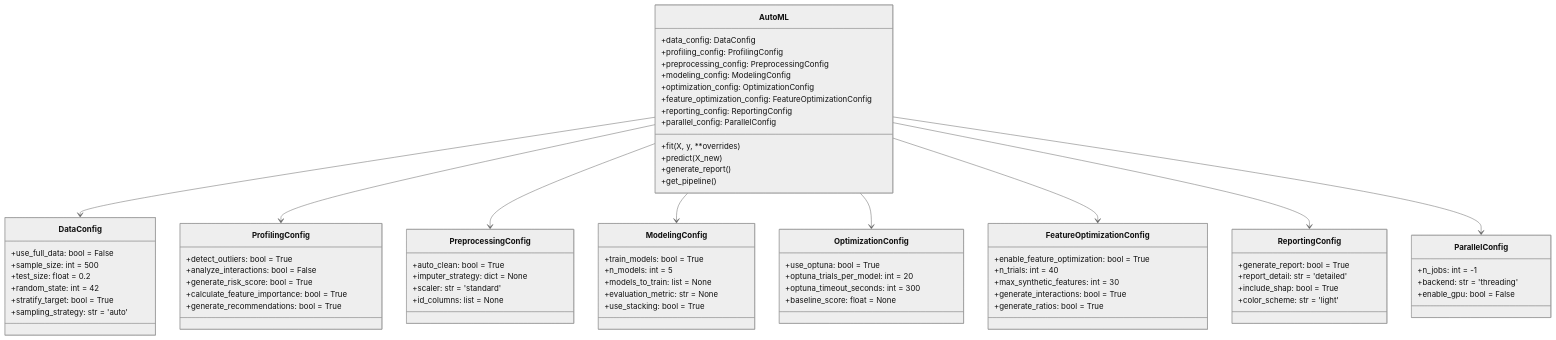
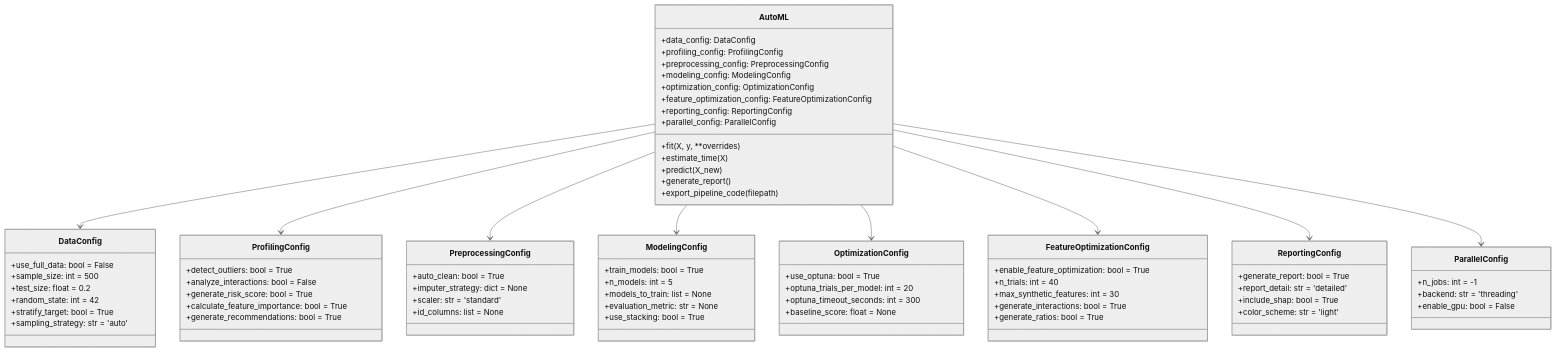
One commit to GhulamMuhammadNabeel/OctoLearn changed the second of 5 diagrams in docs/devguide.md. Above: the diagram before and after it, drawn with Mermaid (neutral theme). The commit also changed 4 other files, not shown here.

```diff
--- a/docs/devguide.md
+++ b/docs/devguide.md
@@ -103,9 +103,10 @@
         +reporting_config: ReportingConfig
         +parallel_config: ParallelConfig
         +fit(X, y, **overrides)
+        +estimate_time(X)
         +predict(X_new)
         +generate_report()
-        +get_pipeline()
+        +export_pipeline_code(filepath)
     }
 
     class DataConfig {
```
